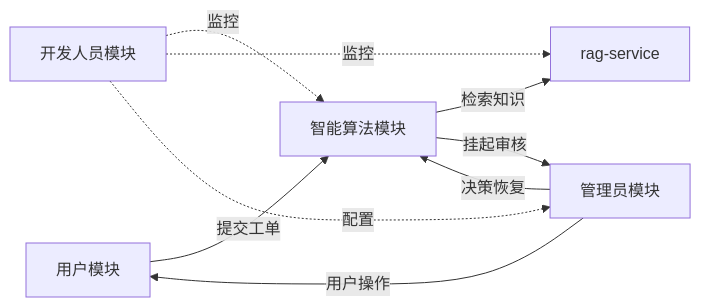
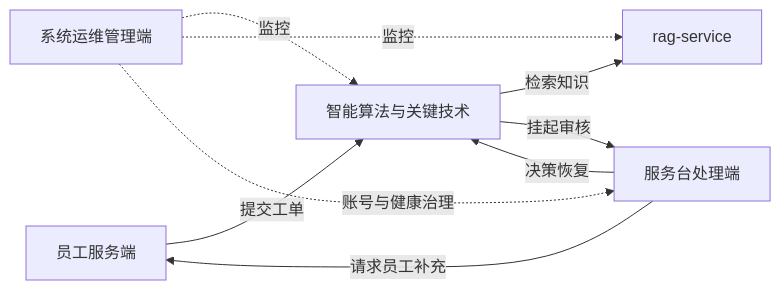
Before and after one commit to ArtLjn/ai-agent-learning: the diagram in docs/design-spec/assets/system-module-architecture-v2-ascii.md, drawn with Mermaid. The commit also changed other lines of this file and 39 other files, not shown here.

````diff
--- a/docs/design-spec/assets/system-module-architecture-v2-ascii.md
+++ b/docs/design-spec/assets/system-module-architecture-v2-ascii.md
@@ -87,11 +83,11 @@
 ```mermaid
 flowchart LR
-    U[用户模块] -->|提交工单| I[智能算法模块]
+    U[员工服务端] -->|提交工单| I[智能算法与关键技术]
     I -->|检索知识| RS[rag-service]
-    I -->|挂起审核| A[管理员模块]
+    I -->|挂起审核| A[服务台处理端]
     A -->|决策恢复| I
-    A -->|用户操作| U
-    D[开发人员模块] -.监控.-> I
+    A -->|请求员工补充| U
+    D[系统运维管理端] -.监控.-> I
     D -.监控.-> RS
-    D -.配置.-> A
+    D -.账号与健康治理.-> A
 ```
````
